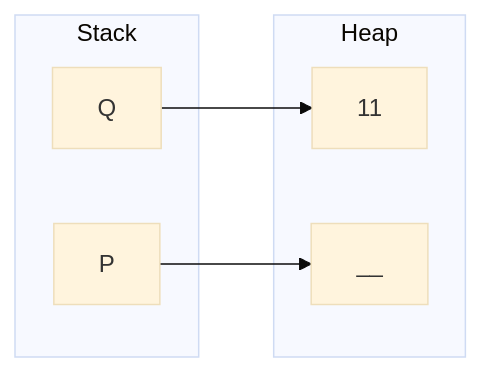
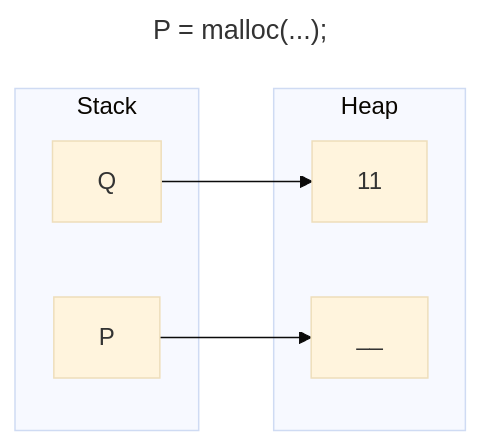
The fourth of 9 diagrams in docs/topics/03-Apuntes/Pro-2/Tema-2.md (TeenBiscuits/Pro2324), drawn with Mermaid (base theme) before and after one commit. The commit also changed other lines of this file, not shown here.

````diff
--- a/docs/topics/03-Apuntes/Pro-2/Tema-2.md
+++ b/docs/topics/03-Apuntes/Pro-2/Tema-2.md
@@ -194,14 +197,17 @@
 ```mermaid
+---
+title: "P = malloc(...);"
+---
 flowchart LR
     subgraph Stack
         P
         Q
     end
     subgraph Heap
         __
         11
     end
 
     P --> __
     Q --> 11
 ```
````
